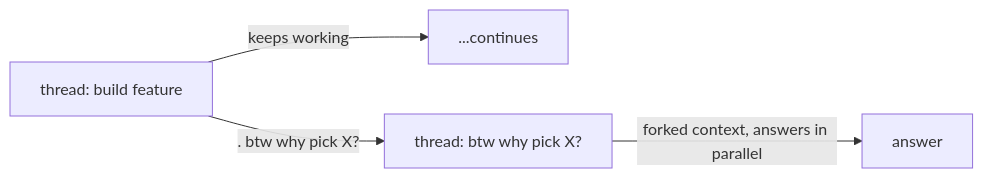
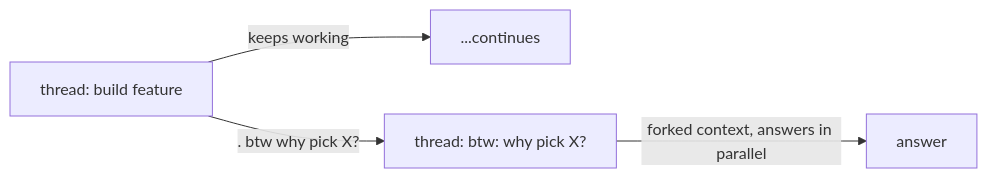
One commit to ArtemisMucaj/lily changed the third of 4 diagrams in README.md. Above: the diagram before and after it, drawn with Mermaid. The commit also changed other lines of this file and 2 other files, not shown here.

````diff
--- a/README.md
+++ b/README.md
@@ -122,6 +168,6 @@
 ```mermaid
 flowchart LR
     O["thread: build feature"] -->|keeps working| O2["...continues"]
-    O -->|". btw why pick X?"| F["thread: btw why pick X?"]
+    O -->|". btw why pick X?"| F["thread: btw: why pick X?"]
     F -->|forked context, answers in parallel| F2["answer"]
 ```
````
